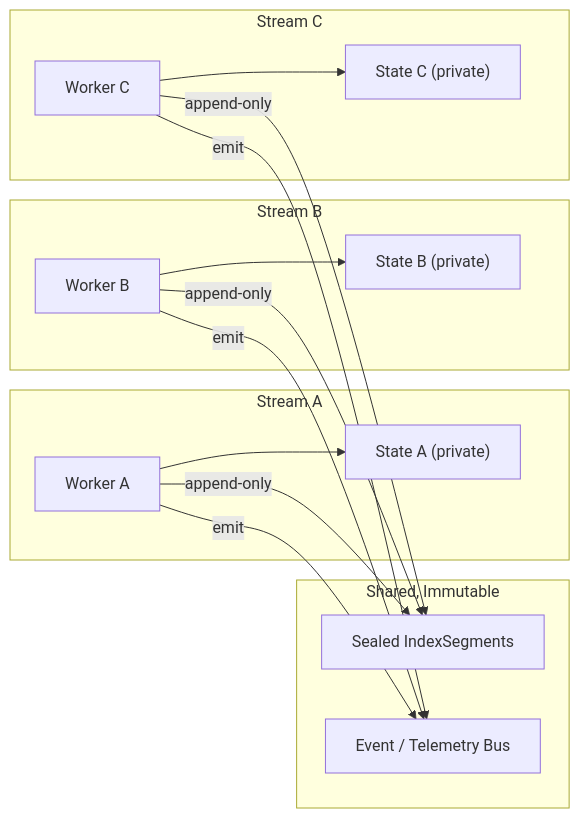
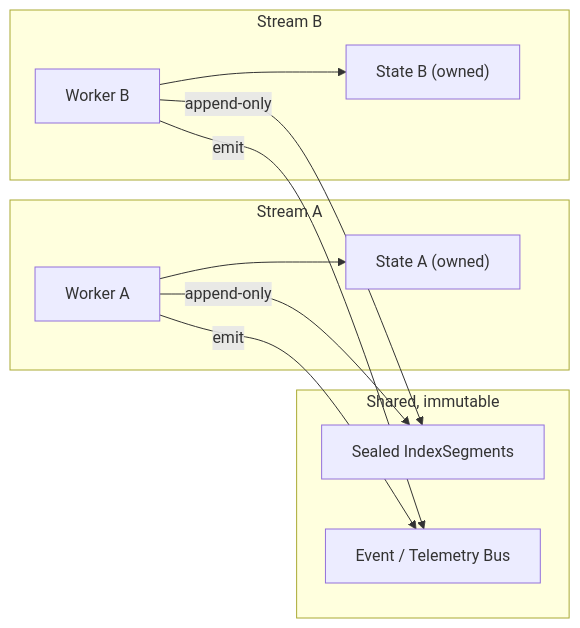
The fourth of 7 diagrams in RFC/RFC-0012-Execution-Runtime-Model.md (carvalhosauro/lode), drawn with Mermaid before and after one commit. The commit also changed other lines of this file, not shown here.

````diff
--- a/RFC/RFC-0012-Execution-Runtime-Model.md
+++ b/RFC/RFC-0012-Execution-Runtime-Model.md
@@ -222,35 +190,25 @@
 ```mermaid
 flowchart LR
 
 subgraph "Stream A"
     SA["Worker A"]
-    StA["State A (private)"]
+    StA["State A (owned)"]
 end
 
 subgraph "Stream B"
     SB["Worker B"]
-    StB["State B (private)"]
+    StB["State B (owned)"]
 end
 
-subgraph "Stream C"
-    SC["Worker C"]
-    StC["State C (private)"]
-end
-
-subgraph "Shared, Immutable"
+subgraph "Shared, immutable"
     Seg["Sealed IndexSegments"]
     Bus["Event / Telemetry Bus"]
 end
 
 SA --> StA
 SB --> StB
-SC --> StC
-
 SA -->|append-only| Seg
 SB -->|append-only| Seg
-SC -->|append-only| Seg
-
 SA -->|emit| Bus
 SB -->|emit| Bus
-SC -->|emit| Bus
 ```
````
